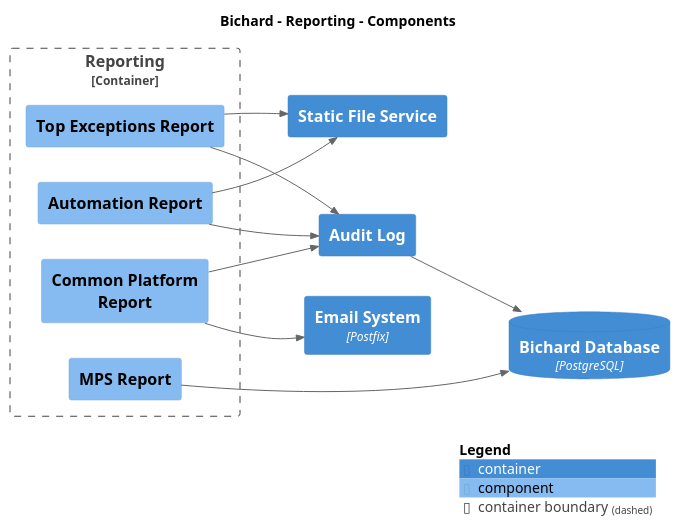
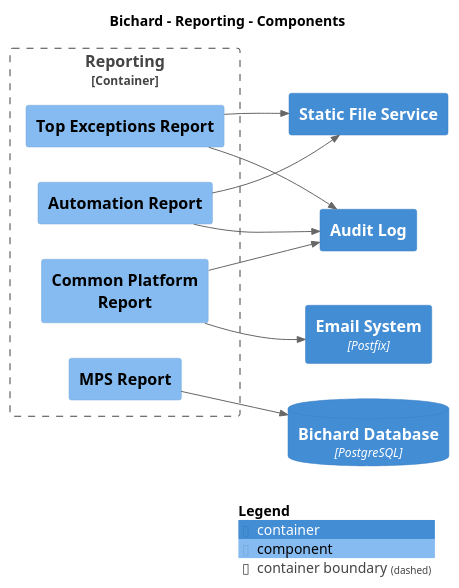
Before and after one commit to ministryofjustice/bichard7-next-core: the diagram in main/puml/Component-006.puml, drawn with PlantUML. The commit also changed 71 other files, not shown here.

```diff
--- a/main/puml/Component-006.puml
+++ b/main/puml/Component-006.puml
@@ -1,34 +1,33 @@
 @startuml
 set separator none
 title Bichard - Reporting - Components
 
 left to right direction
 
 !include <C4/C4>
 !include <C4/C4_Context>
 !include <C4/C4_Container>
 !include <C4/C4_Component>
 
 ContainerDb(Bichard.BichardDatabase, "Bichard Database", $techn="PostgreSQL", $descr="", $tags="", $link="")
 Container(Bichard.EmailSystem, "Email System", $techn="Postfix", $descr="", $tags="", $link="")
 Container(Bichard.AuditLog, "Audit Log", $techn="", $descr="", $tags="", $link="")
 Container(Bichard.StaticFileService, "Static File Service", $techn="", $descr="", $tags="", $link="")
 
 Container_Boundary("Bichard.Reporting_boundary", "Reporting", $tags="") {
   Component(Bichard.Reporting.AutomationReport, "Automation Report", $techn="", $descr="", $tags="", $link="")
   Component(Bichard.Reporting.CommonPlatformReport, "Common Platform Report", $techn="", $descr="", $tags="", $link="")
   Component(Bichard.Reporting.MPSReport, "MPS Report", $techn="", $descr="", $tags="", $link="")
   Component(Bichard.Reporting.TopExceptionsReport, "Top Exceptions Report", $techn="", $descr="", $tags="", $link="")
 }
 
-Rel(Bichard.AuditLog, Bichard.BichardDatabase, "", $techn="", $tags="", $link="")
-Rel(Bichard.Reporting.AutomationReport, Bichard.AuditLog, "", $techn="", $tags="", $link="")
 Rel(Bichard.Reporting.CommonPlatformReport, Bichard.AuditLog, "", $techn="", $tags="", $link="")
 Rel(Bichard.Reporting.AutomationReport, Bichard.StaticFileService, "", $techn="", $tags="", $link="")
 Rel(Bichard.Reporting.TopExceptionsReport, Bichard.StaticFileService, "", $techn="", $tags="", $link="")
 Rel(Bichard.Reporting.CommonPlatformReport, Bichard.EmailSystem, "", $techn="", $tags="", $link="")
 Rel(Bichard.Reporting.MPSReport, Bichard.BichardDatabase, "", $techn="", $tags="", $link="")
 Rel(Bichard.Reporting.TopExceptionsReport, Bichard.AuditLog, "", $techn="", $tags="", $link="")
+Rel(Bichard.Reporting.AutomationReport, Bichard.AuditLog, "", $techn="", $tags="", $link="")
 
 SHOW_LEGEND(true)
 @enduml
```
